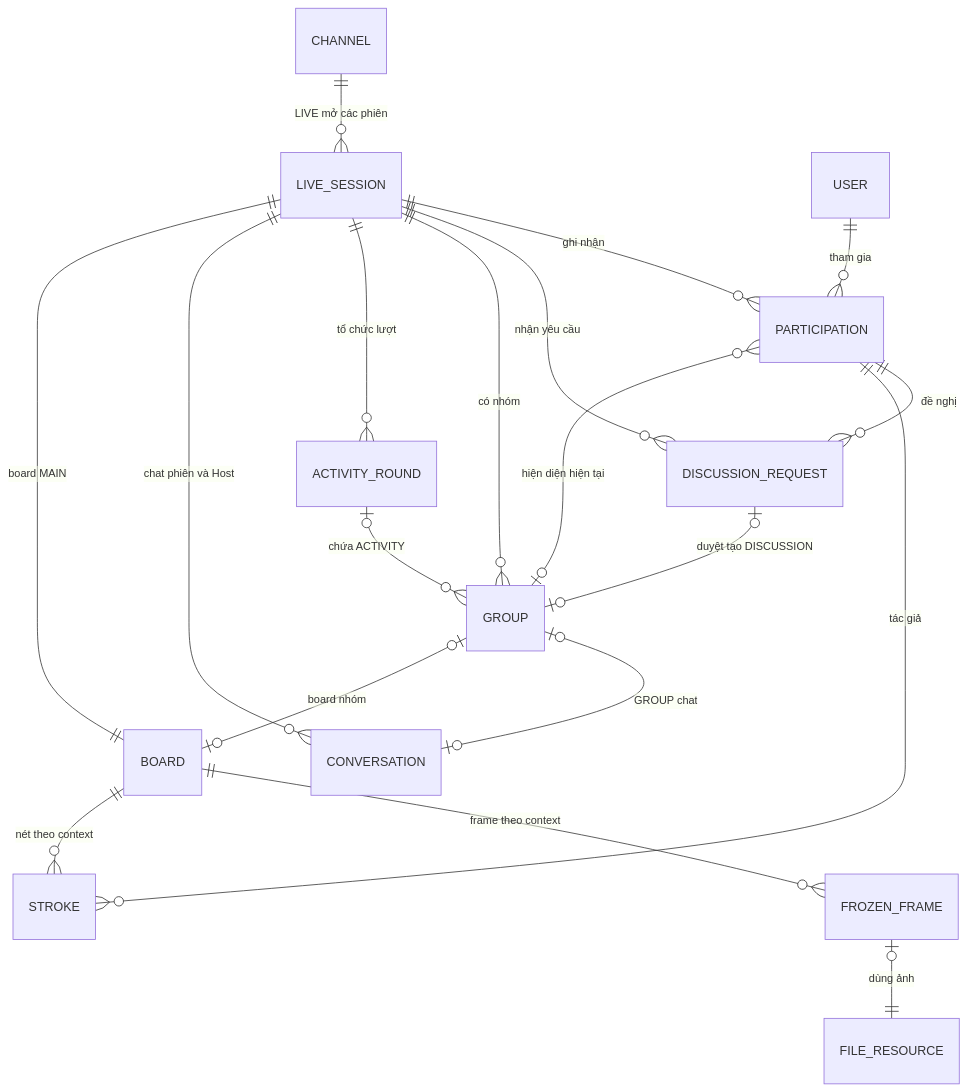
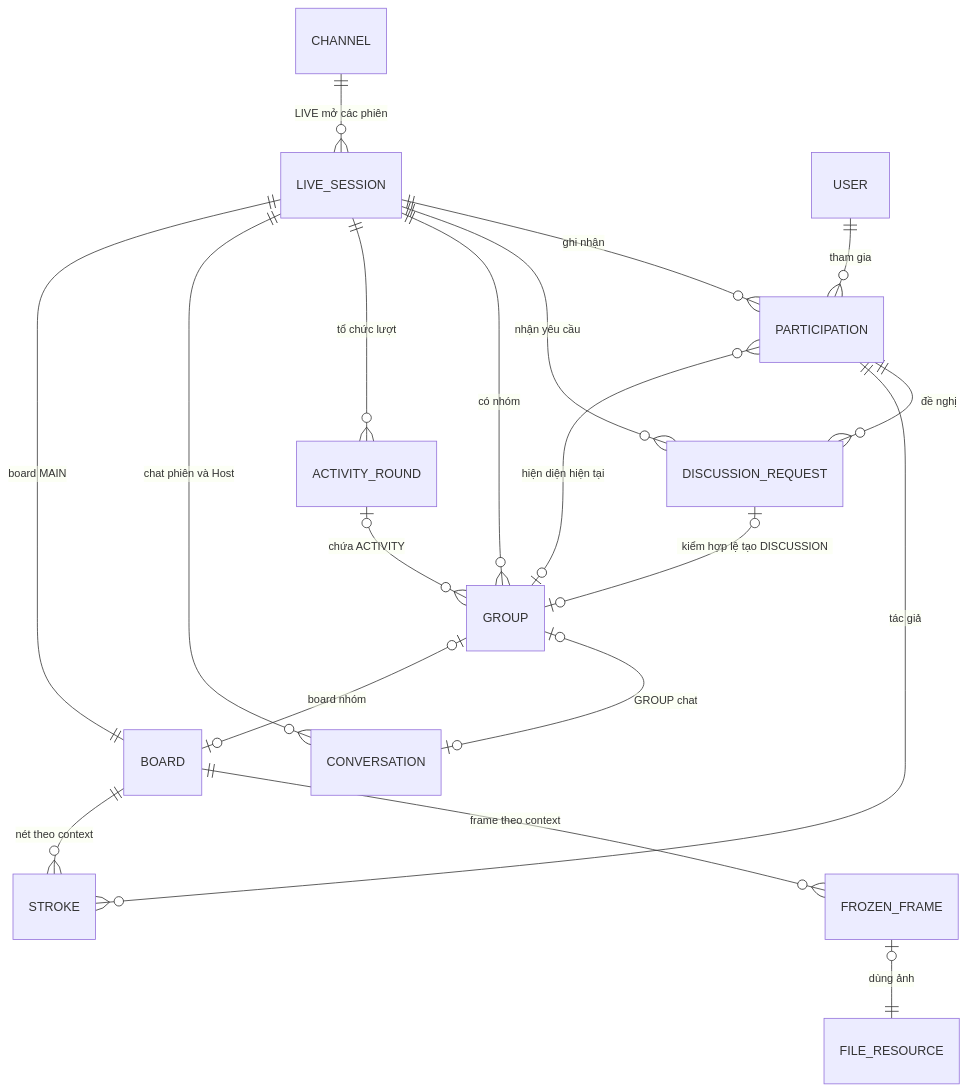
Before and after one commit to Lightning1507/CoLearnia: the second of 2 diagrams in docs/database/conceptual-model.md, drawn with Mermaid. The commit also changed other lines of this file and 6 other files, not shown here.

````diff
--- a/docs/database/conceptual-model.md
+++ b/docs/database/conceptual-model.md
@@ -92,21 +92,21 @@
 ```mermaid
 erDiagram
     CHANNEL ||--o{ LIVE_SESSION : "LIVE mở các phiên"
     USER ||--o{ PARTICIPATION : "tham gia"
     LIVE_SESSION ||--o{ PARTICIPATION : "ghi nhận"
     LIVE_SESSION ||--o{ DISCUSSION_REQUEST : "nhận yêu cầu"
     PARTICIPATION ||--o{ DISCUSSION_REQUEST : "đề nghị"
-    DISCUSSION_REQUEST o|--o| GROUP : "duyệt tạo DISCUSSION"
+    DISCUSSION_REQUEST o|--o| GROUP : "kiểm hợp lệ tạo DISCUSSION"
     LIVE_SESSION ||--o{ GROUP : "có nhóm"
     LIVE_SESSION ||--o{ ACTIVITY_ROUND : "tổ chức lượt"
     ACTIVITY_ROUND o|--o{ GROUP : "chứa ACTIVITY"
     GROUP o|--o{ PARTICIPATION : "hiện diện hiện tại"
     LIVE_SESSION ||--o{ CONVERSATION : "chat phiên và Host"
     GROUP o|--o| CONVERSATION : "GROUP chat"
     LIVE_SESSION ||--|| BOARD : "board MAIN"
     GROUP o|--o| BOARD : "board nhóm"
     BOARD ||--o{ FROZEN_FRAME : "frame theo context"
     FROZEN_FRAME o|--|| FILE_RESOURCE : "dùng ảnh"
     BOARD ||--o{ STROKE : "nét theo context"
     PARTICIPATION ||--o{ STROKE : "tác giả"
 ```
````
